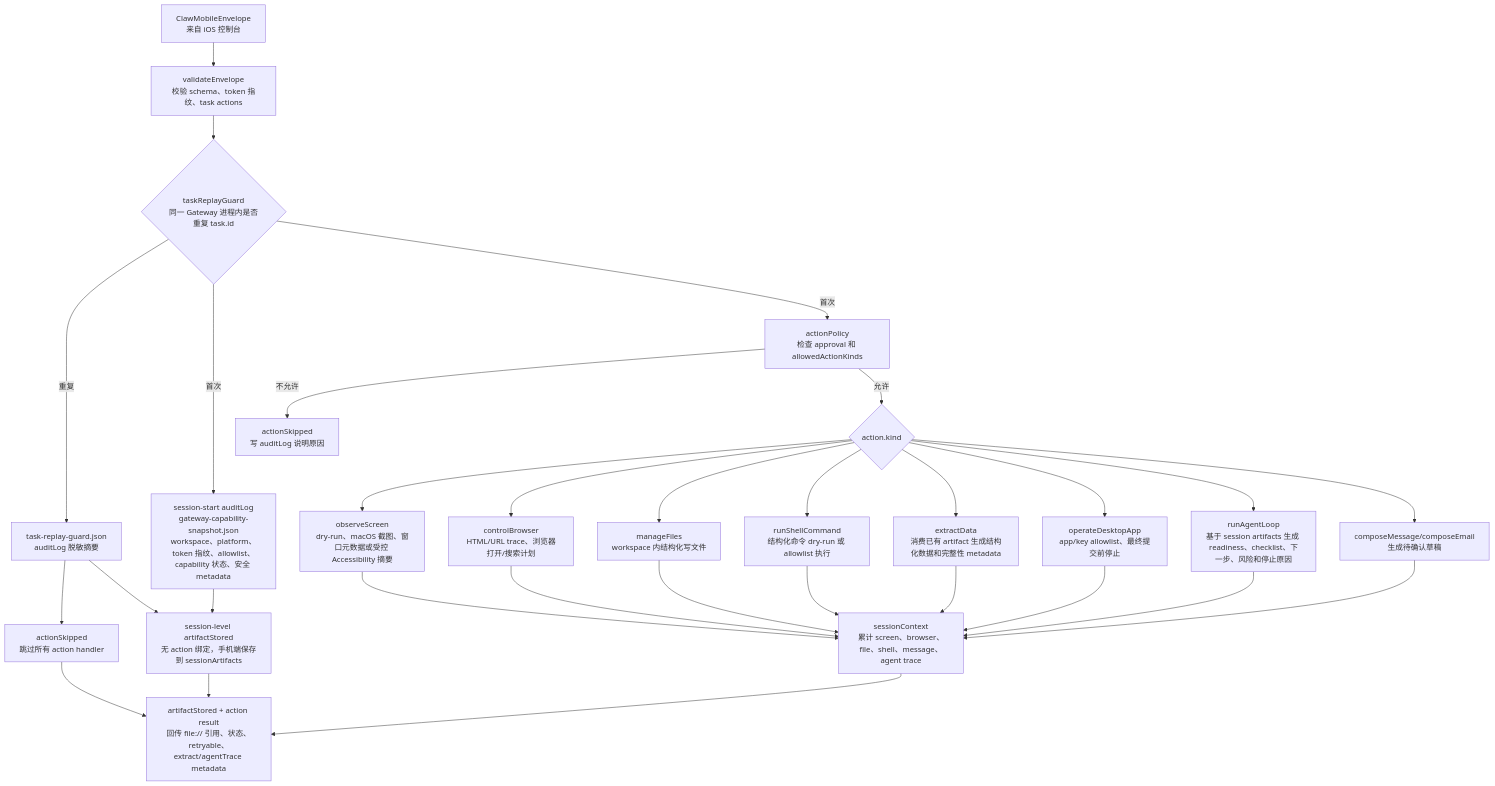
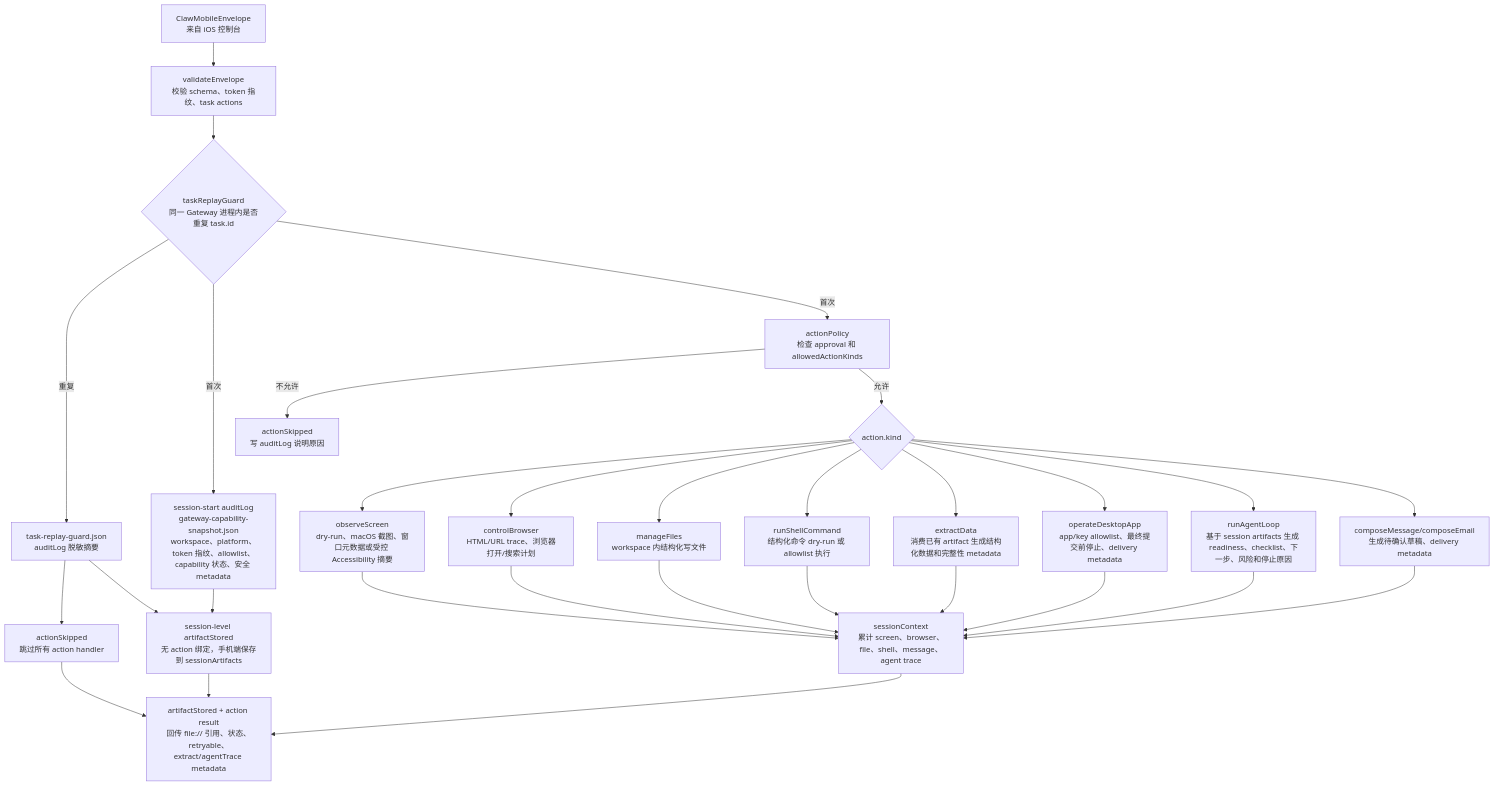
Before and after one commit to Altman-sam114/115: the second of 3 diagrams in md/flow/flowchart.md, drawn with Mermaid. The commit also changed other lines of this file and 13 other files, not shown here.

````diff
--- a/md/flow/flowchart.md
+++ b/md/flow/flowchart.md
@@ -68,32 +70,32 @@
 ```mermaid
 flowchart TD
   ENV["ClawMobileEnvelope<br/>来自 iOS 控制台"] --> VAL["validateEnvelope<br/>校验 schema、token 指纹、task actions"]
   VAL --> REPLAY{"taskReplayGuard<br/>同一 Gateway 进程内是否重复 task.id"}
   REPLAY -->|"重复"| RG["task-replay-guard.json<br/>auditLog 脱敏摘要"]
   RG --> RGS["actionSkipped<br/>跳过所有 action handler"]
   RG --> SOUT
   RGS --> OUT
   REPLAY -->|"首次"| SNAP["session-start auditLog<br/>gateway-capability-snapshot.json<br/>workspace、platform、token 指纹、allowlist、capability 状态、安全 metadata"]
   REPLAY -->|"首次"| POL["actionPolicy<br/>检查 approval 和 allowedActionKinds"]
   POL -->|不允许| SKIP["actionSkipped<br/>写 auditLog 说明原因"]
   POL -->|允许| KIND{"action.kind"}
   KIND --> OBS["observeScreen<br/>dry-run、macOS 截图、窗口元数据或受控 Accessibility 摘要"]
   KIND --> BRO["controlBrowser<br/>HTML/URL trace、浏览器打开/搜索计划"]
   KIND --> FILE["manageFiles<br/>workspace 内结构化写文件"]
   KIND --> SH["runShellCommand<br/>结构化命令 dry-run 或 allowlist 执行"]
   KIND --> EXT["extractData<br/>消费已有 artifact 生成结构化数据和完整性 metadata"]
-  KIND --> APP["operateDesktopApp<br/>app/key allowlist、最终提交前停止"]
+  KIND --> APP["operateDesktopApp<br/>app/key allowlist、最终提交前停止、delivery metadata"]
   KIND --> AG["runAgentLoop<br/>基于 session artifacts 生成 readiness、checklist、下一步、风险和停止原因"]
-  KIND --> MSG["composeMessage/composeEmail<br/>生成待确认草稿"]
+  KIND --> MSG["composeMessage/composeEmail<br/>生成待确认草稿、delivery metadata"]
   OBS --> CTX["sessionContext<br/>累计 screen、browser、file、shell、message、agent trace"]
   BRO --> CTX
   FILE --> CTX
   SH --> CTX
   EXT --> CTX
   APP --> CTX
   AG --> CTX
   MSG --> CTX
   SNAP --> SOUT["session-level artifactStored<br/>无 action 绑定，手机端保存到 sessionArtifacts"]
   CTX --> OUT["artifactStored + action result<br/>回传 file:// 引用、状态、retryable、extract/agentTrace metadata"]
   SOUT --> OUT
 ```
````
